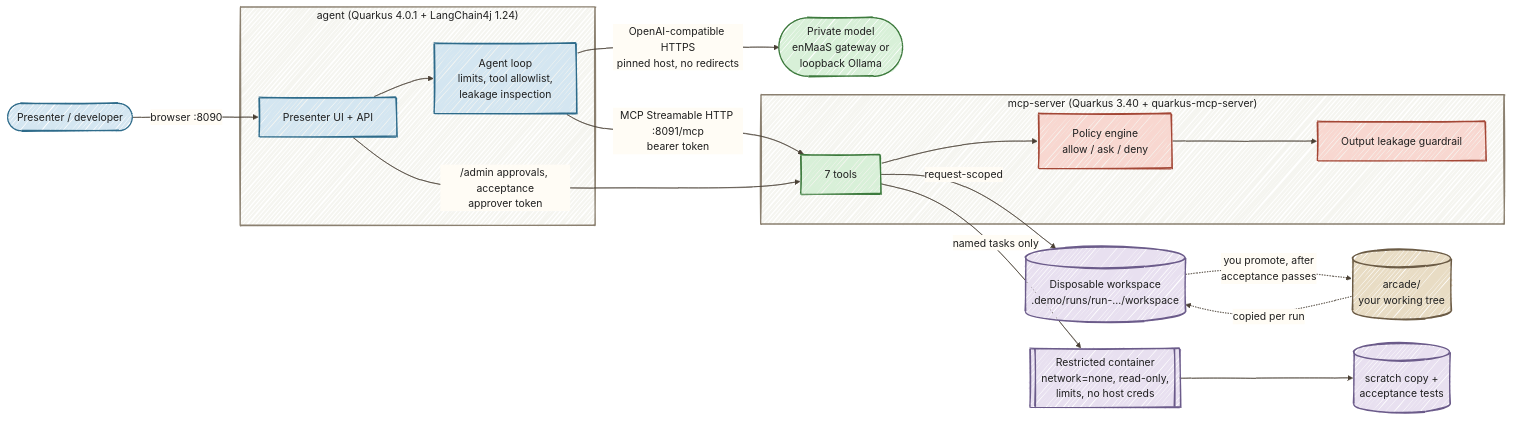
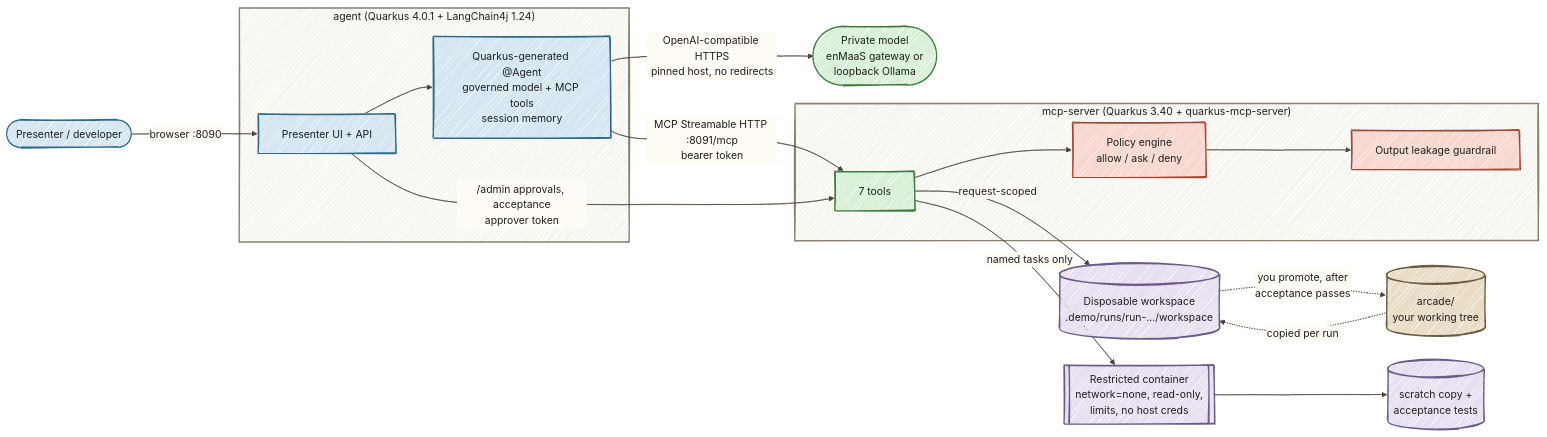
One commit to danieloh30/private-agent-blueprint changed the diagram in README.md. Above: the diagram before and after it, drawn with Mermaid. The commit also changed other lines of this file and 13 other files, not shown here.

Commit message:
Migrate coding agent to Quarkus declarative agent orchestration

````diff
--- a/README.md
+++ b/README.md
@@ -15,34 +15,34 @@
 ```mermaid
 %%{init: {"look":"handDrawn","theme":"base","themeVariables":{"darkMode":false,"background":"#FFFCF5","primaryColor":"#D4E6F1","primaryBorderColor":"#2E6B8A","primaryTextColor":"#1F1F1F","secondaryColor":"#D8F0D8","secondaryTextColor":"#1F1F1F","tertiaryColor":"#E8DCC4","tertiaryTextColor":"#1F1F1F","textColor":"#1F1F1F","lineColor":"#4A4035","edgeLabelBackground":"#FFFCF5","clusterBkg":"#F5F5F0","clusterBorder":"#6B5B45","fontSize":"16px"},"flowchart":{"nodeSpacing":35,"rankSpacing":55,"padding":18,"curve":"basis"}}}%%
 flowchart LR
     DEV([Presenter / developer]) -->|browser :8090| UI
     subgraph AGENT["agent (Quarkus 4.0.1 + LangChain4j 1.24)"]
-        UI[Presenter UI + API] --> LOOP[Agent loop<br/>limits, tool allowlist,<br/>leakage inspection]
+        UI[Presenter UI + API] --> LOOP[Quarkus-generated @Agent<br/>governed model + MCP tools<br/>session memory]
     end
     LOOP -->|"OpenAI-compatible HTTPS<br/>pinned host, no redirects"| MODEL([Private model<br/>enMaaS gateway or<br/>loopback Ollama])
     LOOP -->|"MCP Streamable HTTP :8091/mcp<br/>bearer token"| TOOLS
     UI -->|"/admin approvals, acceptance<br/>approver token"| TOOLS
     subgraph MCP["mcp-server (Quarkus 3.40 + quarkus-mcp-server)"]
         TOOLS[7 tools] --> POLICY[Policy engine<br/>allow / ask / deny]
         POLICY --> INSPECT[Output leakage guardrail]
     end
     TOOLS -->|request-scoped| WS[(Disposable workspace<br/>.demo/runs/run-…/workspace)]
     TOOLS -->|named tasks only| SANDBOX[[Restricted container<br/>network=none, read-only,<br/>limits, no host creds]]
     SANDBOX --> SCRATCH[(scratch copy +<br/>acceptance tests)]
     FIXTURE[(arcade/<br/>your working tree)] -.->|copied per run| WS
     WS -.->|"you promote, after<br/>acceptance passes"| FIXTURE
 
     style DEV fill:#D4E6F1,stroke:#2E6B8A,color:#1F1F1F,stroke-width:2px
     style AGENT fill:#F5F5F0,stroke:#8B8070,color:#1F1F1F,stroke-width:2px
     style MCP fill:#F5F5F0,stroke:#8B8070,color:#1F1F1F,stroke-width:2px
     style UI fill:#D4E6F1,stroke:#2E6B8A,color:#1F1F1F,stroke-width:2px
     style LOOP fill:#D4E6F1,stroke:#2E6B8A,color:#1F1F1F,stroke-width:2px
     style MODEL fill:#D8F0D8,stroke:#3D7A3D,color:#1F1F1F,stroke-width:2px
     style TOOLS fill:#D8F0D8,stroke:#3D7A3D,color:#1F1F1F,stroke-width:2px
     style POLICY fill:#F8D7D0,stroke:#A34736,color:#1F1F1F,stroke-width:2px
     style INSPECT fill:#F8D7D0,stroke:#A34736,color:#1F1F1F,stroke-width:2px
     style WS fill:#E8E0F0,stroke:#6B5B8A,color:#1F1F1F,stroke-width:2px
     style SANDBOX fill:#E8E0F0,stroke:#6B5B8A,color:#1F1F1F,stroke-width:2px
     style SCRATCH fill:#E8E0F0,stroke:#6B5B8A,color:#1F1F1F,stroke-width:2px
     style FIXTURE fill:#E8DCC4,stroke:#6B5B45,color:#1F1F1F,stroke-width:2px
 ```
````
